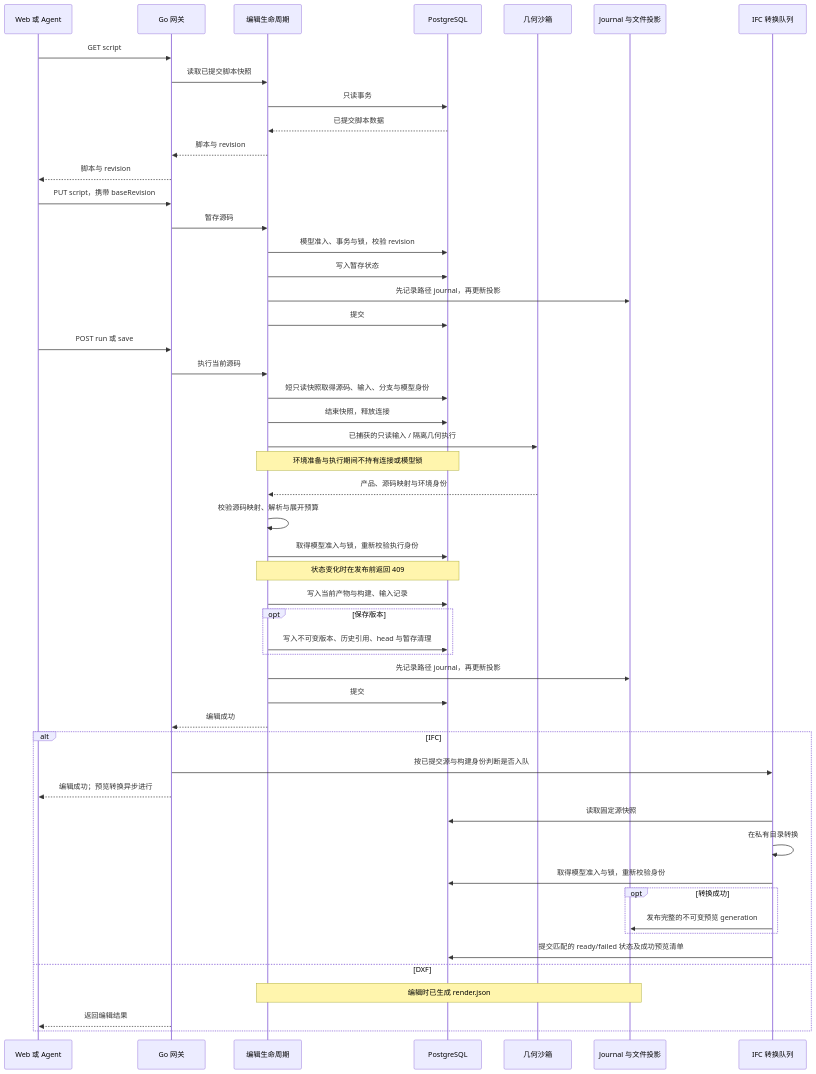
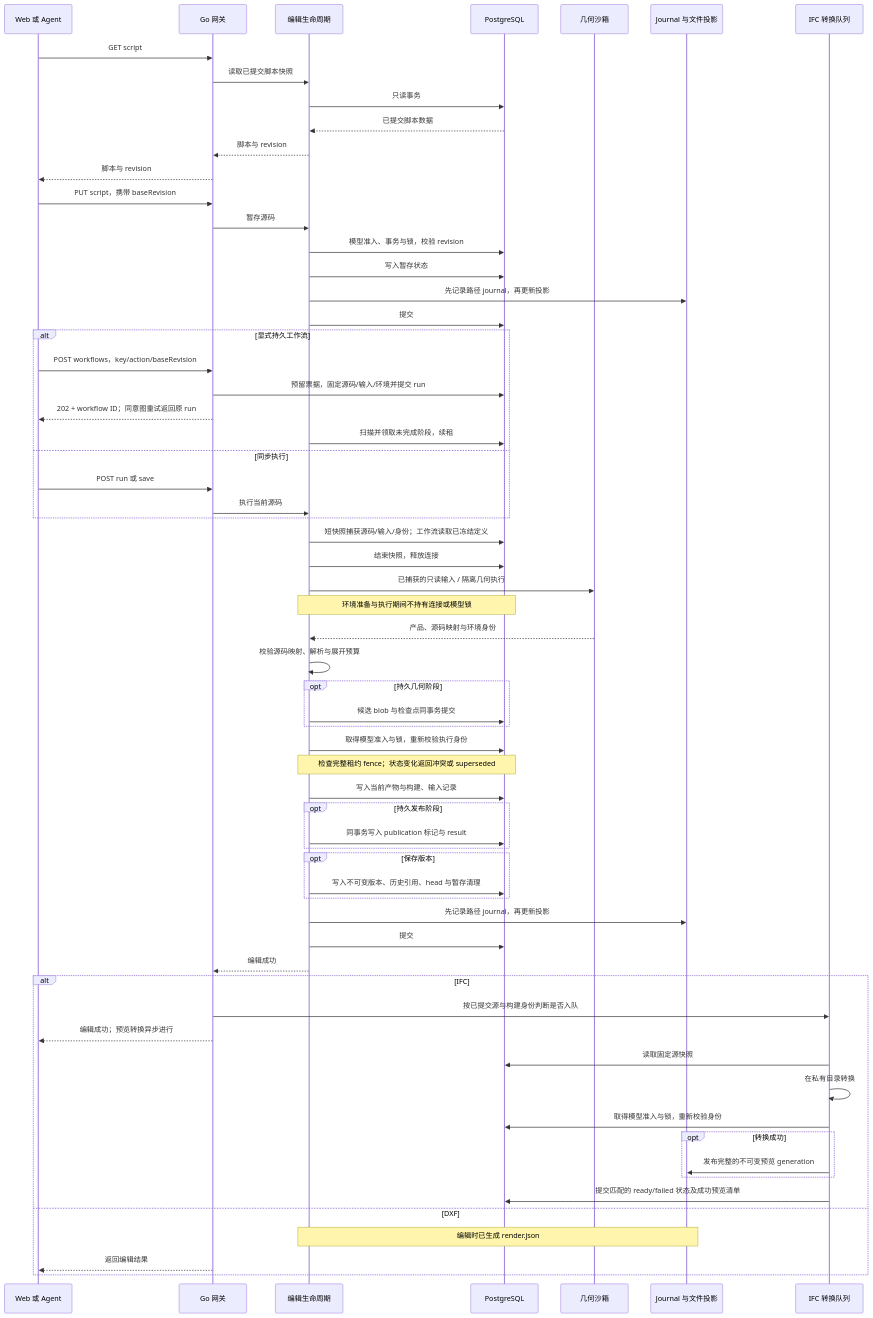
One commit to 0702hjj/SourceAEC changed the second of 2 diagrams in README.zh-CN.md. Above: the diagram before and after it, drawn with Mermaid. The commit also changed other lines of this file and 52 other files, not shown here.

Commit message:
feat(workflow): run durable script workflows through the gateway

````diff
--- a/README.zh-CN.md
+++ b/README.zh-CN.md
@@ -74,53 +80,66 @@
 ```mermaid
 sequenceDiagram
     participant U as Web 或 Agent
     participant A as Go 网关
     participant E as 编辑生命周期
     participant P as PostgreSQL
     participant S as 几何沙箱
     participant F as Journal 与文件投影
     participant Q as IFC 转换队列
     U->>A: GET script
     A->>E: 读取已提交脚本快照
     E->>P: 只读事务
     P-->>E: 已提交脚本数据
     E-->>A: 脚本与 revision
     A-->>U: 脚本与 revision
     U->>A: PUT script，携带 baseRevision
     A->>E: 暂存源码
     E->>P: 模型准入、事务与锁，校验 revision
     E->>P: 写入暂存状态
     E->>F: 先记录路径 journal，再更新投影
     E->>P: 提交
-    U->>A: POST run 或 save
-    A->>E: 执行当前源码
-    E->>P: 短只读快照取得源码、输入、分支与模型身份
+    alt 显式持久工作流
+        U->>A: POST workflows，key/action/baseRevision
+        A->>P: 预留票据，固定源码/输入/环境并提交 run
+        A-->>U: 202 + workflow ID；同意图重试返回原 run
+        E->>P: 扫描并领取未完成阶段，续租
+    else 同步执行
+        U->>A: POST run 或 save
+        A->>E: 执行当前源码
+    end
+    E->>P: 短快照捕获源码/输入/身份；工作流读取已冻结定义
     E->>P: 结束快照，释放连接
     E->>S: 已捕获的只读输入 / 隔离几何执行
     Note over E,P: 环境准备与执行期间不持有连接或模型锁
     S-->>E: 产品、源码映射与环境身份
     E->>E: 校验源码映射、解析与展开预算
+    opt 持久几何阶段
+        E->>P: 候选 blob 与检查点同事务提交
+    end
     E->>P: 取得模型准入与锁，重新校验执行身份
-    Note over E,P: 状态变化时在发布前返回 409
+    Note over E,P: 检查完整租约 fence；状态变化返回冲突或 superseded
     E->>P: 写入当前产物与构建、输入记录
+    opt 持久发布阶段
+        E->>P: 同事务写入 publication 标记与 result
+    end
     opt 保存版本
         E->>P: 写入不可变版本、历史引用、head 与暂存清理
     end
     E->>F: 先记录路径 journal，再更新投影
     E->>P: 提交
     E-->>A: 编辑成功
     alt IFC
         A->>Q: 按已提交源与构建身份判断是否入队
         A-->>U: 编辑成功；预览转换异步进行
         Q->>P: 读取固定源快照
         Q->>Q: 在私有目录转换
         Q->>P: 取得模型准入与锁，重新校验身份
         opt 转换成功
             Q->>F: 发布完整的不可变预览 generation
         end
         Q->>P: 提交匹配的 ready/failed 状态及成功预览清单
     else DXF
         Note over E,F: 编辑时已生成 render.json
         A-->>U: 返回编辑结果
     end
 ```
````
